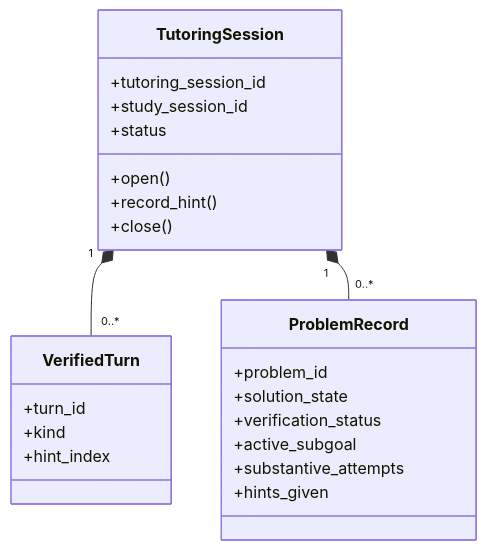
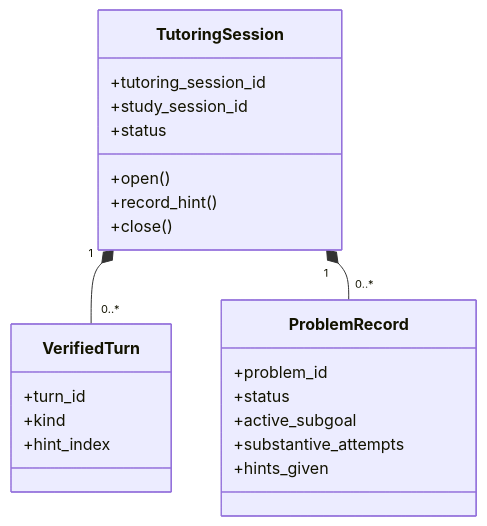
One commit to johanchow/duxue changed the third of 7 diagrams in docs/technical/domain-tutoring.md. Above: the diagram before and after it, drawn with Mermaid. The commit also changed other lines of this file and 26 other files, not shown here.

````diff
--- a/docs/technical/domain-tutoring.md
+++ b/docs/technical/domain-tutoring.md
@@ -160,26 +159,25 @@
 ```mermaid
 classDiagram
     class TutoringSession {
         +tutoring_session_id
         +study_session_id
         +status
         +open()
         +record_hint()
         +close()
     }
     class VerifiedTurn {
         +turn_id
         +kind
         +hint_index
     }
     class ProblemRecord {
         +problem_id
-        +solution_state
-        +verification_status
+        +status
         +active_subgoal
         +substantive_attempts
         +hints_given
     }
     TutoringSession "1" *-- "0..*" VerifiedTurn
     TutoringSession "1" *-- "0..*" ProblemRecord
 ```
````
